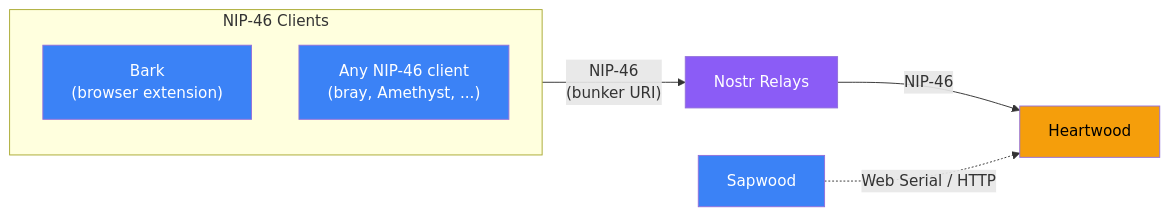
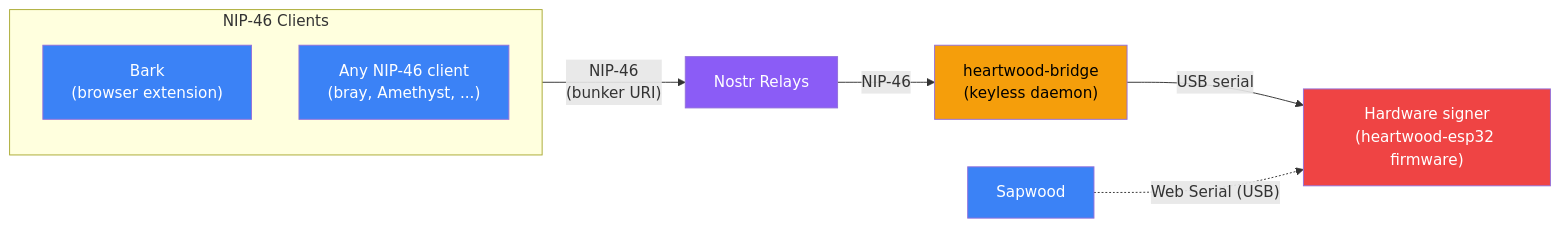
The first of 5 diagrams in docs/ECOSYSTEM.md (forgesworn/heartwood), drawn with Mermaid before and after one commit. The commit also changed other lines of this file and 5 other files, not shown here.

First line of the commit message:
docs: rewrite for the bridge-centric, keys-on-hardware model

````diff
--- a/docs/ECOSYSTEM.md
+++ b/docs/ECOSYSTEM.md
@@ -7,22 +7,26 @@
 ```mermaid
 graph LR
     subgraph Clients["NIP-46 Clients"]
         Bark["Bark<br/>(browser extension)"]
         AG["Any NIP-46 client<br/>(bray, Amethyst, ...)"]
     end
 
     Relay["Nostr Relays"]
 
-    HW["Heartwood"]
+    Bridge["heartwood-bridge<br/>(keyless daemon)"]
+
+    HW["Hardware signer<br/>(heartwood-esp32 firmware)"]
 
     Clients -->|"NIP-46<br/>(bunker URI)"| Relay
-    Relay -->|"NIP-46"| HW
+    Relay -->|"NIP-46"| Bridge
+    Bridge -->|"USB serial"| HW
 
-    Sapwood["Sapwood"] -.->|"Web Serial / HTTP"| HW
+    Sapwood["Sapwood"] -.->|"Web Serial (USB)"| HW
 
     style Bark fill:#3b82f6,color:#fff
     style AG fill:#3b82f6,color:#fff
     style Relay fill:#8b5cf6,color:#fff
-    style HW fill:#f59e0b,color:#000
+    style Bridge fill:#f59e0b,color:#000
+    style HW fill:#ef4444,color:#fff
     style Sapwood fill:#3b82f6,color:#fff
 ```
````
